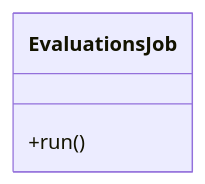
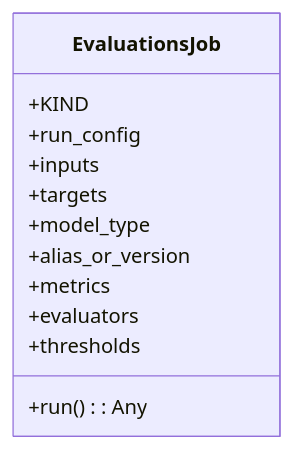
The first of 4 diagrams in openwiki/src/regression_model_template/jobs/evaluations.md (lgcorzo/mlops-python-package), drawn with Mermaid before and after one commit. The commit also changed other lines of this file and 91 other files, not shown here.

````diff
--- a/openwiki/src/regression_model_template/jobs/evaluations.md
+++ b/openwiki/src/regression_model_template/jobs/evaluations.md
@@ -20,7 +21,15 @@
 ```mermaid
 classDiagram
-    direction BT
     class EvaluationsJob {
-        +run()
+        +KIND
+        +run_config
+        +inputs
+        +targets
+        +model_type
+        +alias_or_version
+        +metrics
+        +evaluators
+        +thresholds
+        +run() : Any
     }
 ```
````
